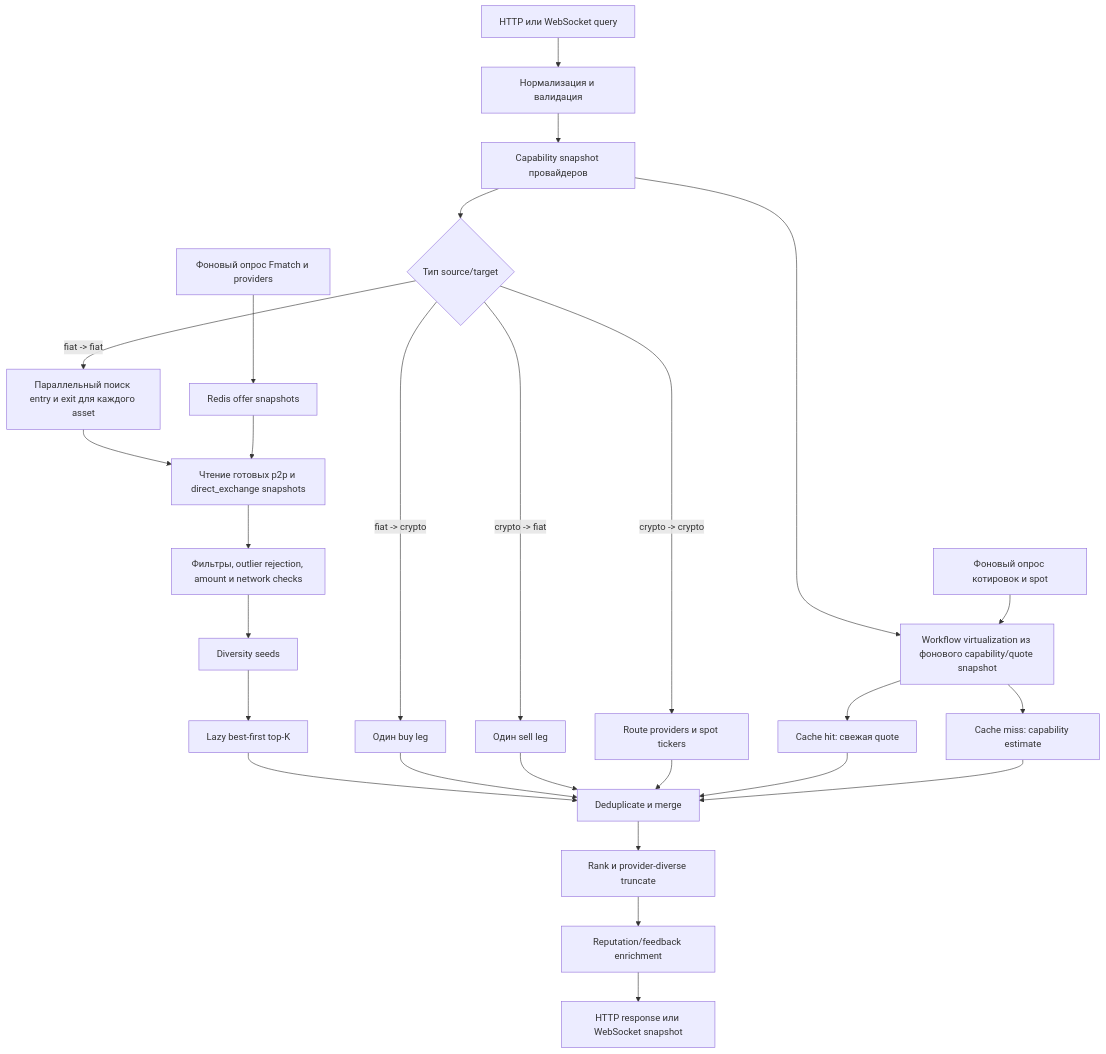
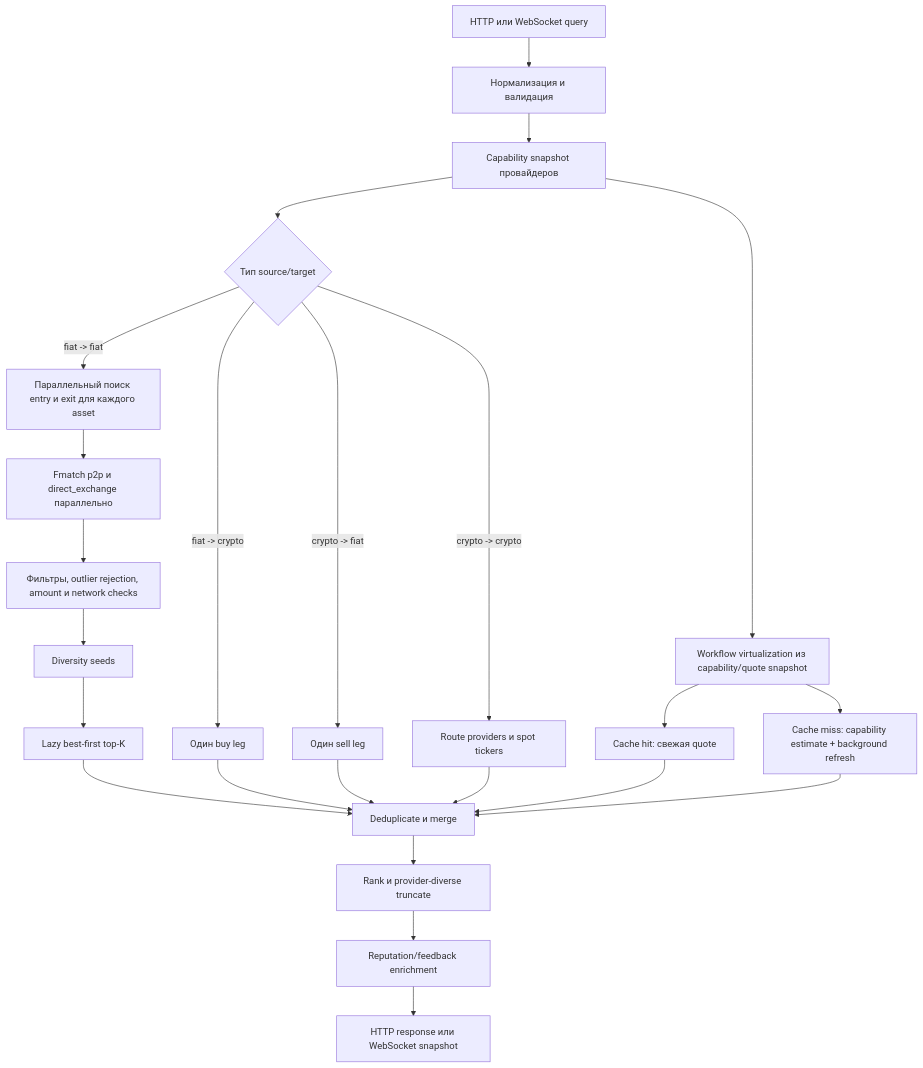
The diagram in docs/route-virtualization-pipeline.md (Flow3Pay/pay3flow), drawn with Mermaid before and after one commit. The commit also changed other lines of this file and 72 other files, not shown here.

````diff
--- a/docs/route-virtualization-pipeline.md
+++ b/docs/route-virtualization-pipeline.md
@@ -224,35 +224,31 @@
 ```mermaid
 flowchart TD
     A[HTTP или WebSocket query] --> B[Нормализация и валидация]
     B --> C[Capability snapshot провайдеров]
     C --> D{Тип source/target}
 
     D -->|fiat -> fiat| E[Параллельный поиск entry и exit для каждого asset]
     D -->|fiat -> crypto| F[Один buy leg]
     D -->|crypto -> fiat| G[Один sell leg]
     D -->|crypto -> crypto| H[Route providers и spot tickers]
 
-    E --> I[Чтение готовых p2p и direct_exchange snapshots]
+    E --> I[Fmatch p2p и direct_exchange параллельно]
     I --> J[Фильтры, outlier rejection, amount и network checks]
     J --> K[Diversity seeds]
     K --> L[Lazy best-first top-K]
 
-    C --> M[Workflow virtualization из фонового capability/quote snapshot]
+    C --> M[Workflow virtualization из capability/quote snapshot]
     M --> N[Cache hit: свежая quote]
-    M --> O[Cache miss: capability estimate]
+    M --> O[Cache miss: capability estimate + background refresh]
 
     L --> P[Deduplicate и merge]
     F --> P
     G --> P
     H --> P
     N --> P
     O --> P
 
     P --> Q[Rank и provider-diverse truncate]
     Q --> R[Reputation/feedback enrichment]
     R --> S[HTTP response или WebSocket snapshot]
-
-    T[Фоновый опрос Fmatch и providers] --> U[Redis offer snapshots]
-    U --> I
-    V[Фоновый опрос котировок и spot] --> M
 ```
````
